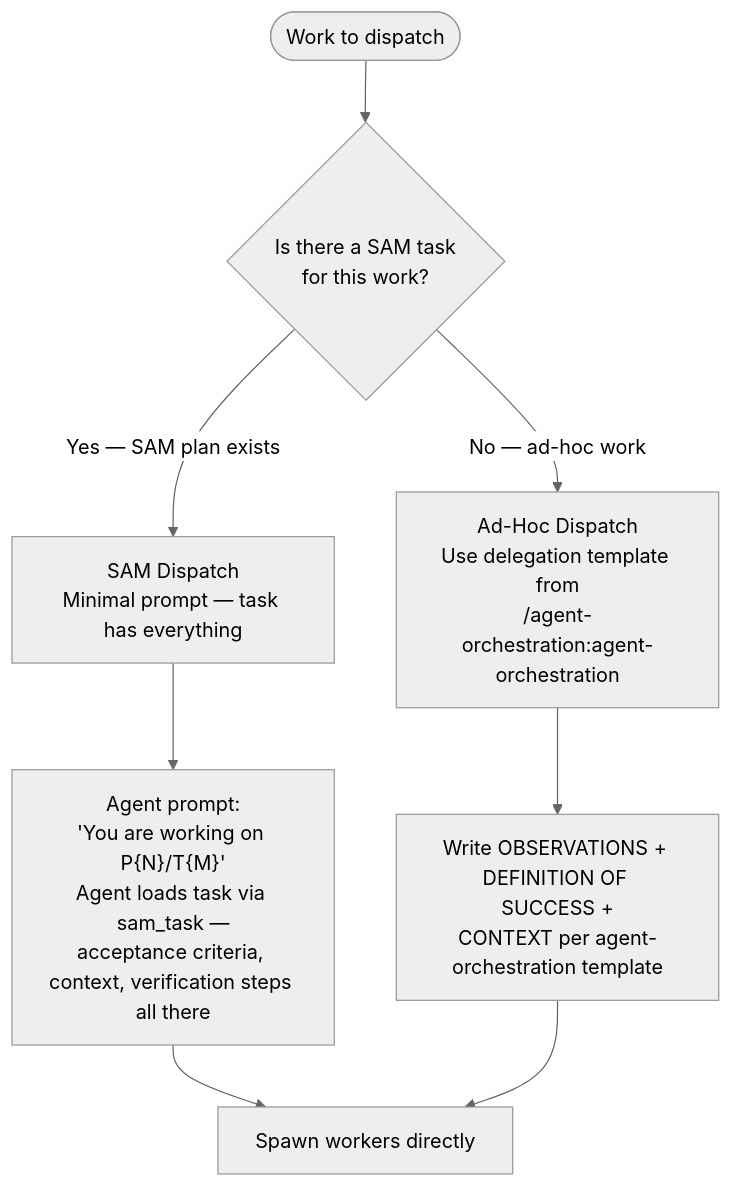
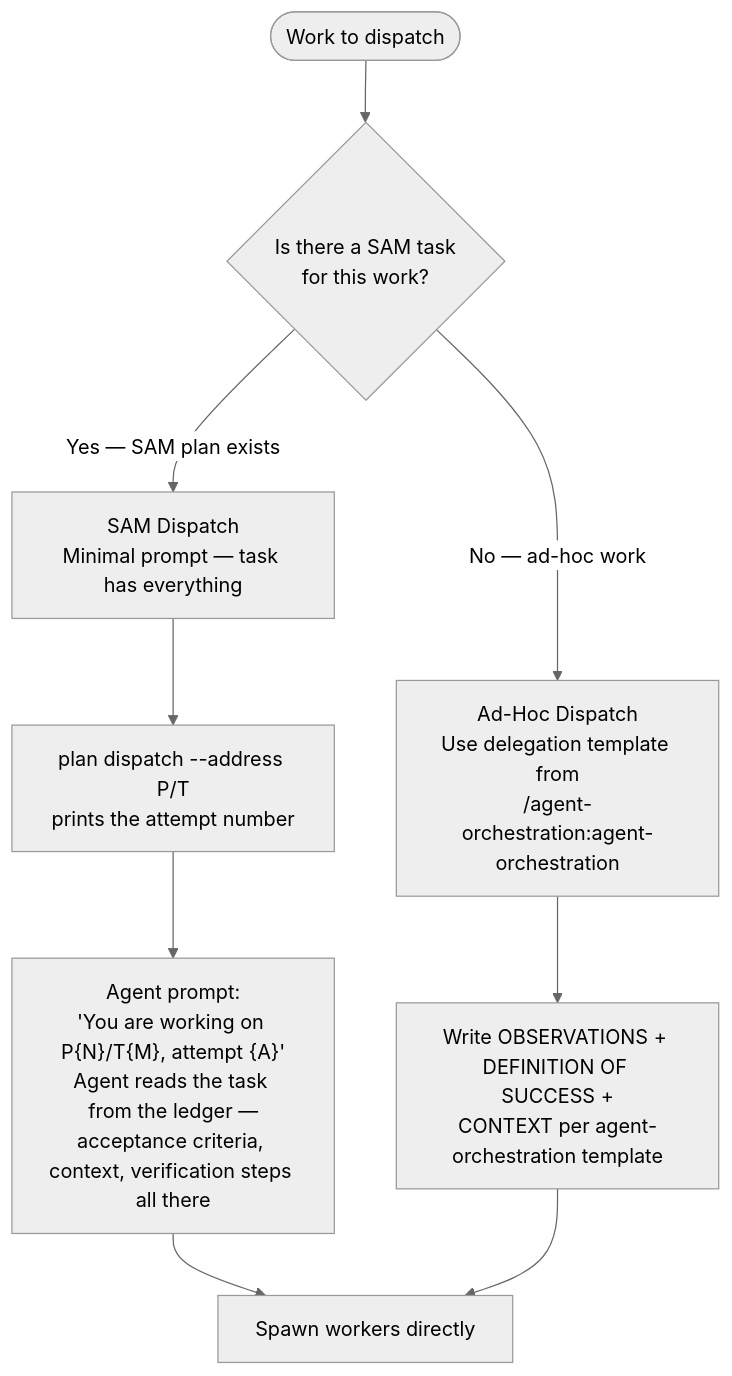
The first of 3 diagrams in plugins/development-harness/skills/dispatch/SKILL.md (Jamie-BitFlight/claude_skills), drawn with Mermaid (neutral theme) before and after one commit. The commit also changed other lines of this file and 26 other files, not shown here.

````diff
--- a/plugins/development-harness/skills/dispatch/SKILL.md
+++ b/plugins/development-harness/skills/dispatch/SKILL.md
@@ -16,10 +16,11 @@
 ```mermaid
 flowchart TD
     Start(["Work to dispatch"]) --> Q{"Is there a SAM task<br>for this work?"}
     Q -->|"Yes — SAM plan exists"| SAM["SAM Dispatch<br>Minimal prompt — task has everything"]
     Q -->|"No — ad-hoc work"| AdHoc["Ad-Hoc Dispatch<br>Use delegation template from<br>/agent-orchestration:agent-orchestration"]
-    SAM --> SAMPrompt["Agent prompt:<br>'You are working on P{N}/T{M}'<br>Agent loads task via sam_task —<br>acceptance criteria, context, verification steps all there"]
+    SAM --> SAMOpen["plan dispatch --address P/T<br>prints the attempt number"]
+    SAMOpen --> SAMPrompt["Agent prompt:<br>'You are working on P{N}/T{M}, attempt {A}'<br>Agent reads the task from the ledger —<br>acceptance criteria, context, verification steps all there"]
     AdHoc --> AdHocPrompt["Write OBSERVATIONS + DEFINITION OF SUCCESS +<br>CONTEXT per agent-orchestration template"]
     SAMPrompt --> Spawn["Spawn workers directly"]
     AdHocPrompt --> Spawn
 ```
````
